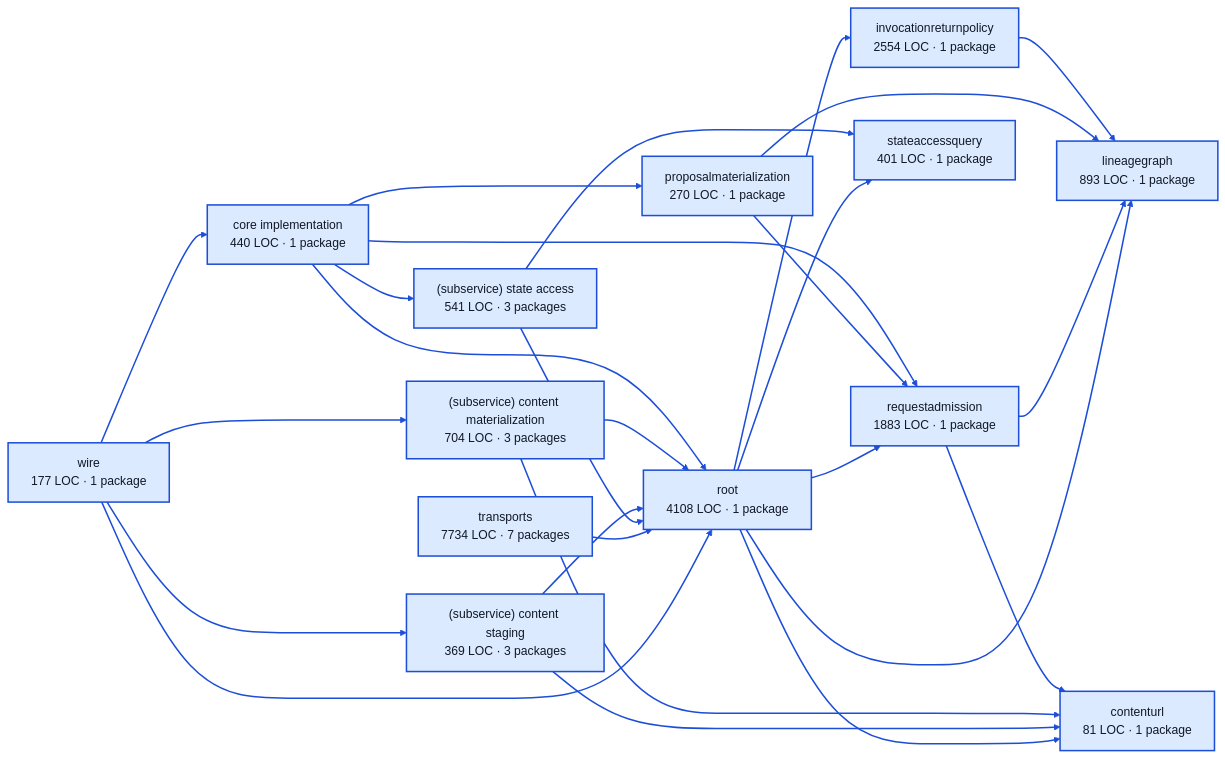
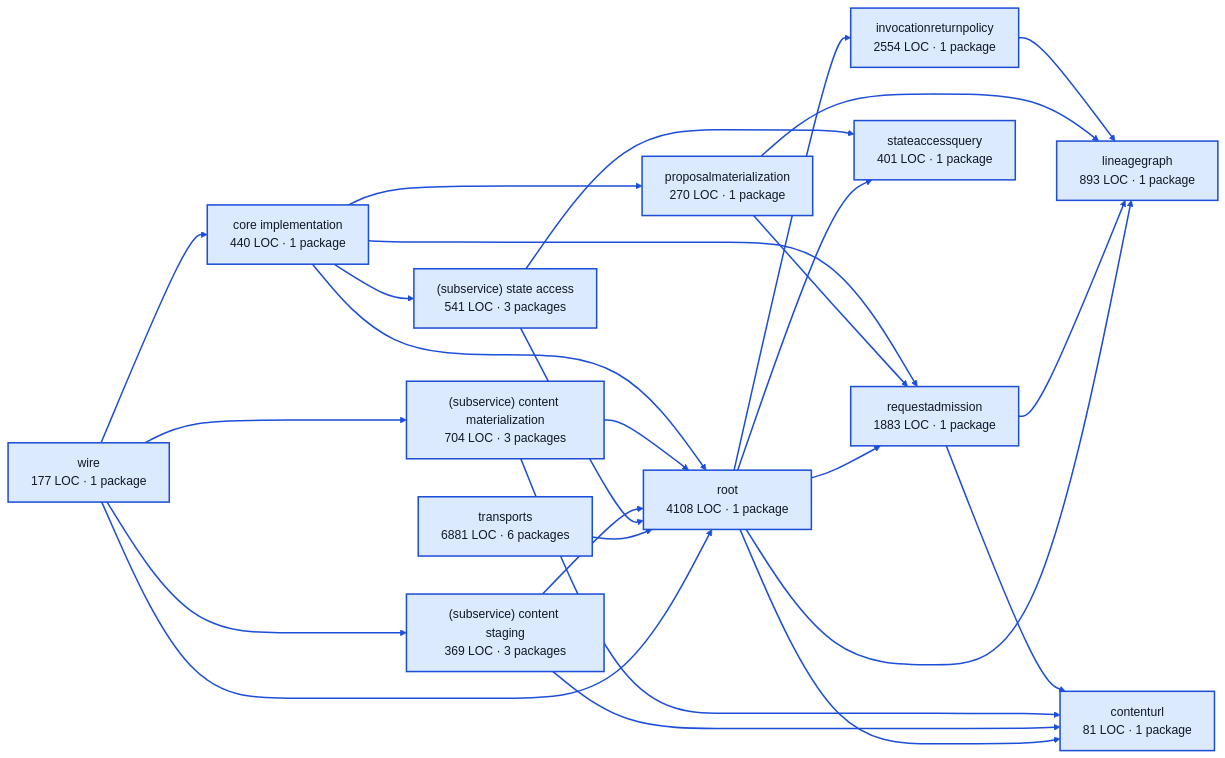
One commit to portpowered/you-agent-factory changed the diagram in docs/architecture/visualizations/services/work.md. Above: the diagram before and after it, drawn with Mermaid (neutral theme). The commit also changed other lines of this file and 20 other files, not shown here.

Commit message:
docs: refresh backend architecture visualizations

````diff
--- a/docs/architecture/visualizations/services/work.md
+++ b/docs/architecture/visualizations/services/work.md
@@ -11,55 +11,55 @@
 ```mermaid
 flowchart LR
   p0["core implementation<br/>440 LOC · 1 package"]
   p1["contenturl<br/>81 LOC · 1 package"]
   p2["invocationreturnpolicy<br/>2554 LOC · 1 package"]
   p3["lineagegraph<br/>893 LOC · 1 package"]
   p4["proposalmaterialization<br/>270 LOC · 1 package"]
   p5["requestadmission<br/>1883 LOC · 1 package"]
   p6["(subservice) content materialization<br/>704 LOC · 3 packages"]
   p7["(subservice) content staging<br/>369 LOC · 3 packages"]
   p8["(subservice) state access<br/>541 LOC · 3 packages"]
   p9["stateaccessquery<br/>401 LOC · 1 package"]
   p10["root<br/>4108 LOC · 1 package"]
-  p11["transports<br/>7734 LOC · 7 packages"]
+  p11["transports<br/>6881 LOC · 6 packages"]
   p12["wire<br/>177 LOC · 1 package"]
   p0 --> p4
   p0 --> p5
   p0 --> p8
   p0 --> p10
   p2 --> p3
   p4 --> p3
   p4 --> p5
   p5 --> p1
   p5 --> p3
   p6 --> p1
   p6 --> p10
   p7 --> p1
   p7 --> p10
   p8 --> p9
   p8 --> p10
   p10 --> p1
   p10 --> p2
   p10 --> p3
   p10 --> p5
   p10 --> p9
   p11 --> p10
   p12 --> p0
   p12 --> p6
   p12 --> p7
   p12 --> p10
   style p0 fill:#dbeafe,stroke:#1d4ed8,stroke-width:2px,color:#111827
   style p1 fill:#dbeafe,stroke:#1d4ed8,stroke-width:2px,color:#111827
   style p2 fill:#dbeafe,stroke:#1d4ed8,stroke-width:2px,color:#111827
   style p3 fill:#dbeafe,stroke:#1d4ed8,stroke-width:2px,color:#111827
   style p4 fill:#dbeafe,stroke:#1d4ed8,stroke-width:2px,color:#111827
   style p5 fill:#dbeafe,stroke:#1d4ed8,stroke-width:2px,color:#111827
   style p6 fill:#dbeafe,stroke:#1d4ed8,stroke-width:2px,color:#111827
   style p7 fill:#dbeafe,stroke:#1d4ed8,stroke-width:2px,color:#111827
   style p8 fill:#dbeafe,stroke:#1d4ed8,stroke-width:2px,color:#111827
   style p9 fill:#dbeafe,stroke:#1d4ed8,stroke-width:2px,color:#111827
   style p10 fill:#dbeafe,stroke:#1d4ed8,stroke-width:2px,color:#111827
   style p11 fill:#dbeafe,stroke:#1d4ed8,stroke-width:2px,color:#111827
   style p12 fill:#dbeafe,stroke:#1d4ed8,stroke-width:2px,color:#111827
   linkStyle default stroke:#1d4ed8,stroke-width:2px
 ```
````
